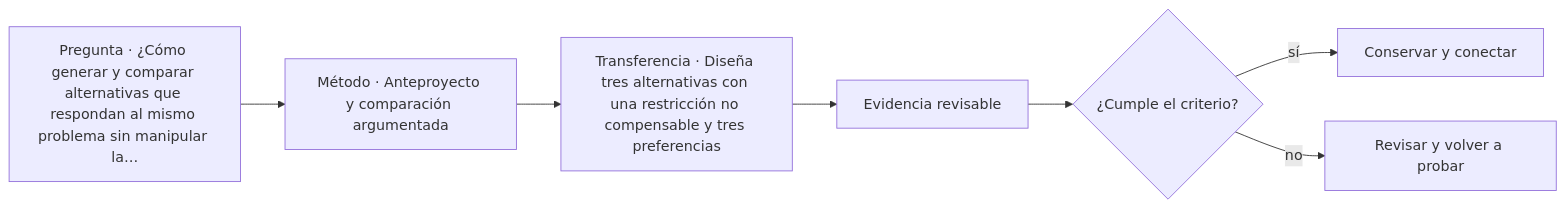
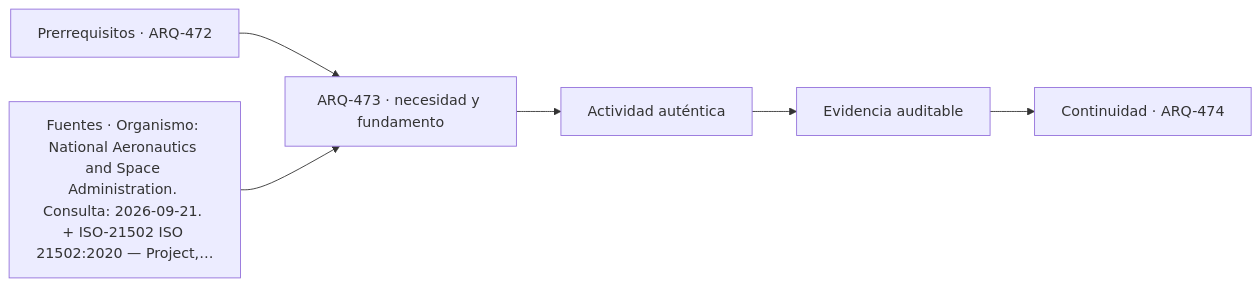
Before and after one commit to vladimiracunadev-create/architecture-built-environment-learning-program: the diagram in classes/parte-48/ARQ-473.md, drawn with Mermaid. The commit also changed other lines of this file and 761 other files, not shown here.

````diff
--- a/classes/parte-48/ARQ-473.md
+++ b/classes/parte-48/ARQ-473.md
@@ -75,9 +87,8 @@
 ```mermaid
 flowchart LR
-    Q["Pregunta · ¿Cómo generar y comparar alternativas que respondan al mismo problema sin manipular la…"] --> M["Método · Anteproyecto y comparación argumentada"]
-    M --> P["Transferencia · Diseña tres alternativas con una restricción no compensable y tres preferencias"]
-    P --> E["Evidencia revisable"]
-    E --> C{"¿Cumple el criterio?"}
-    C -->|sí| T["Conservar y conectar"]
-    C -->|no| R["Revisar y volver a probar"]
+    A["Prerrequisitos · ARQ-472"] --> B["ARQ-473 · necesidad y fundamento"]
+    S["Fuentes · Organismo: National Aeronautics and Space Administration. Consulta: 2026-09-21. + ISO-21502 ISO 21502:2020 — Project,…"] --> B
+    B --> C["Actividad auténtica"]
+    C --> D["Evidencia auditable"]
+    D --> E["Continuidad · ARQ-474"]
 ```
````
